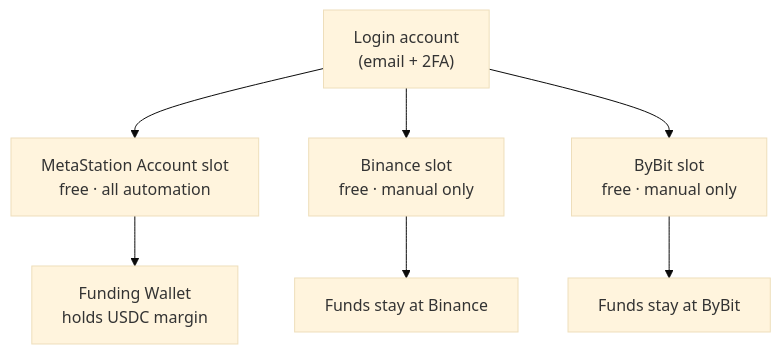
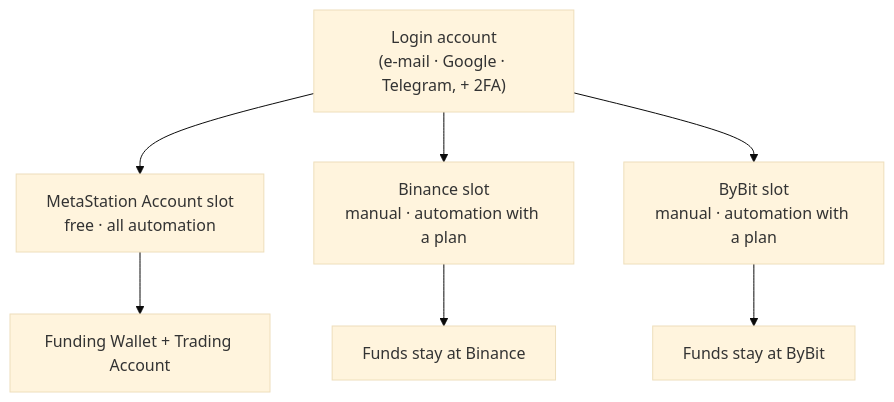
Before and after one commit to MetaStation-fi/MetaStation-Docs-and-Blogs: the diagram in docs/concepts/account-model.mdx, drawn with Mermaid (base theme). The commit also changed other lines of this file and 12 other files, not shown here.

````diff
--- a/docs/concepts/account-model.mdx
+++ b/docs/concepts/account-model.mdx
@@ -64,9 +76,9 @@
 ```mermaid
 graph TD
-  A["Login account<br/>(email + 2FA)"] --> B["MetaStation Account slot<br/>free · all automation"]
-  A --> C["Binance slot<br/>free · manual only"]
-  A --> D["ByBit slot<br/>free · manual only"]
-  B --> E["Funding Wallet<br/>holds USDC margin"]
+  A["Login account<br/>(e-mail · Google · Telegram, + 2FA)"] --> B["MetaStation Account slot<br/>free · all automation"]
+  A --> C["Binance slot<br/>manual · automation with a plan"]
+  A --> D["ByBit slot<br/>manual · automation with a plan"]
+  B --> E["Funding Wallet + Trading Account"]
   C --> F["Funds stay at Binance"]
   D --> G["Funds stay at ByBit"]
 ```
````
